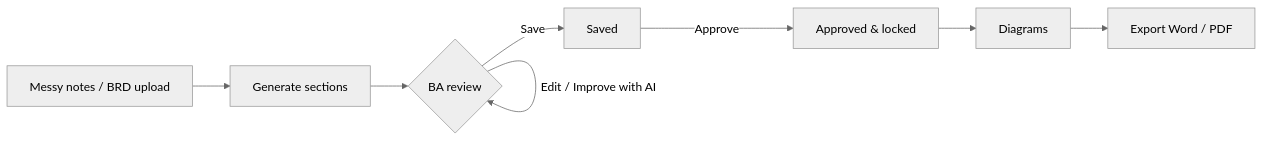
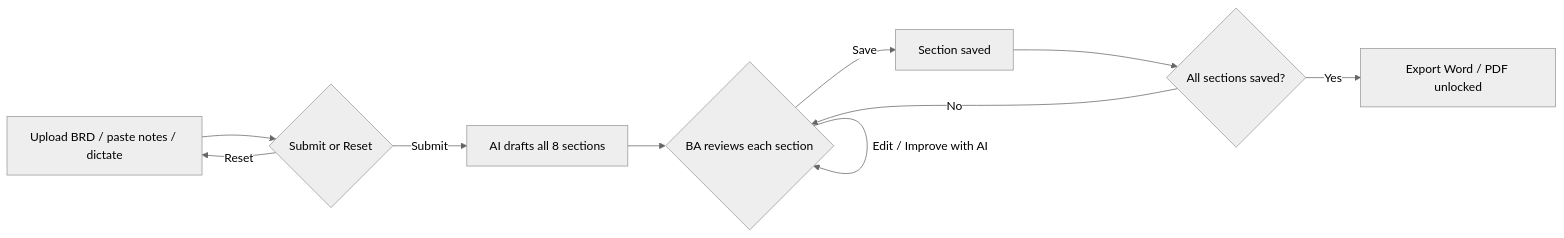
Before and after one commit to raj333m/BA_Copilot: the diagram in README.md, drawn with Mermaid (neutral theme). The commit also changed other lines of this file and 4 other files, not shown here.

First line of the commit message:
feat: dictation, Submit/Reset input flow and export gate

````diff
--- a/README.md
+++ b/README.md
@@ -28,10 +28,12 @@
 ```mermaid
 flowchart LR
-    A[Messy notes / BRD upload] --> B[Generate sections]
-    B --> C{BA review}
-    C -- Edit / Improve with AI --> C
-    C -- Save --> D[Saved]
-    D -- Approve --> E[Approved & locked]
-    E --> F[Diagrams]
-    F --> G[Export Word / PDF]
+    A[Upload BRD / paste notes / dictate] --> B{Submit or Reset}
+    B -- Reset --> A
+    B -- Submit --> C[AI drafts all 8 sections]
+    C --> D{BA reviews each section}
+    D -- Edit / Improve with AI --> D
+    D -- Save --> E[Section saved]
+    E --> F{All sections saved?}
+    F -- No --> D
+    F -- Yes --> G[Export Word / PDF unlocked]
 ```
````
